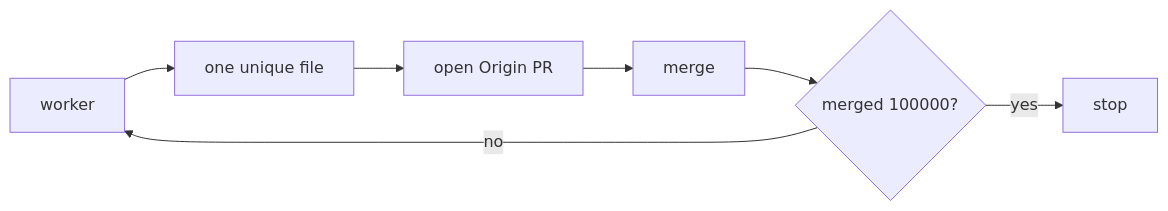
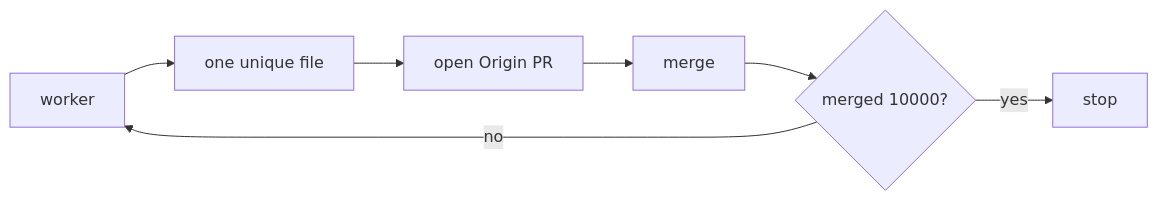
The second of 2 diagrams in README.md (ranjan2829/Alpha-throttle-test), drawn with Mermaid before and after one commit. The commit also changed other lines of this file and 1 other file, not shown here.

````diff
--- a/README.md
+++ b/README.md
@@ -36,9 +36,9 @@
 ```mermaid
 flowchart LR
   W[worker] --> F[one unique file]
   F --> PR[open Origin PR]
   PR --> M[merge]
-  M --> L{merged 100000?}
+  M --> L{merged 10000?}
   L -->|no| W
   L -->|yes| S[stop]
 ```
````
